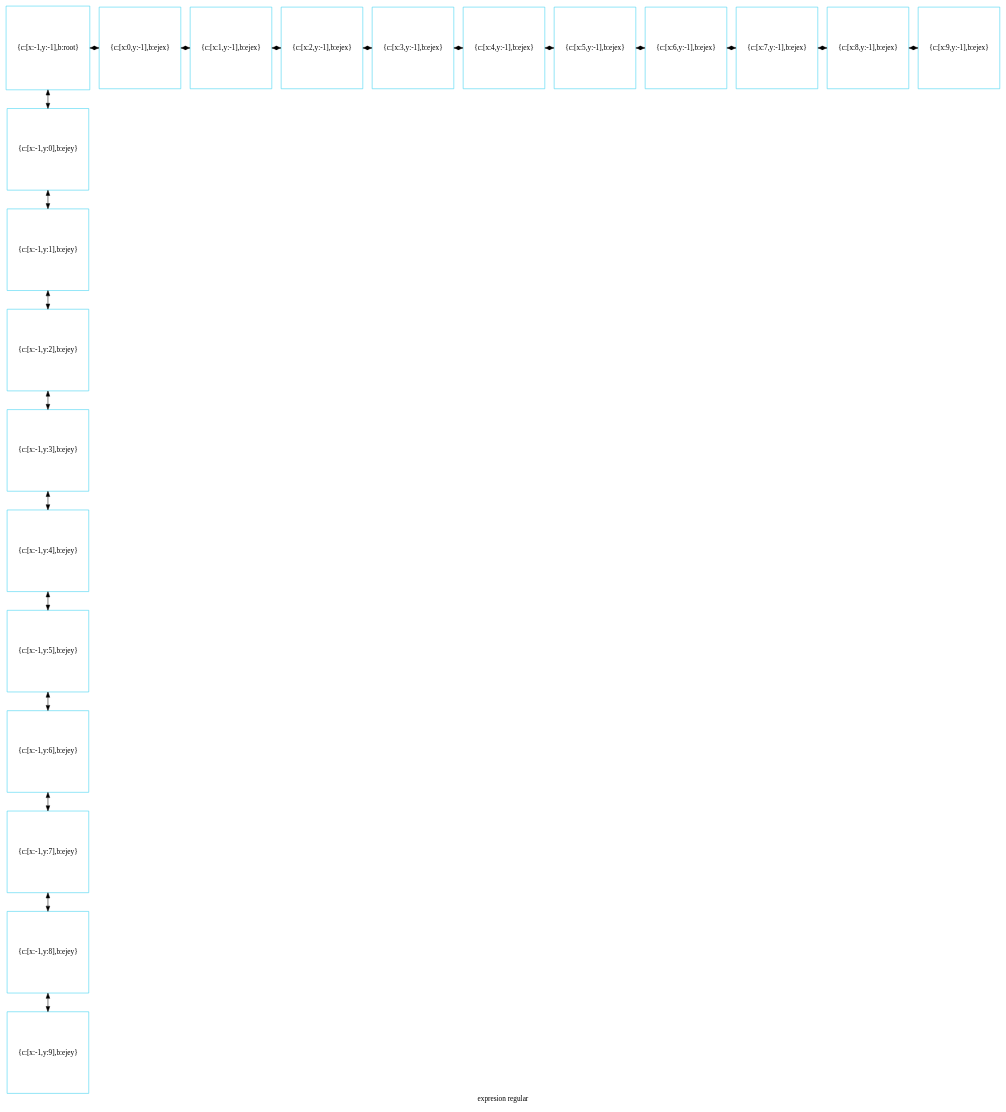
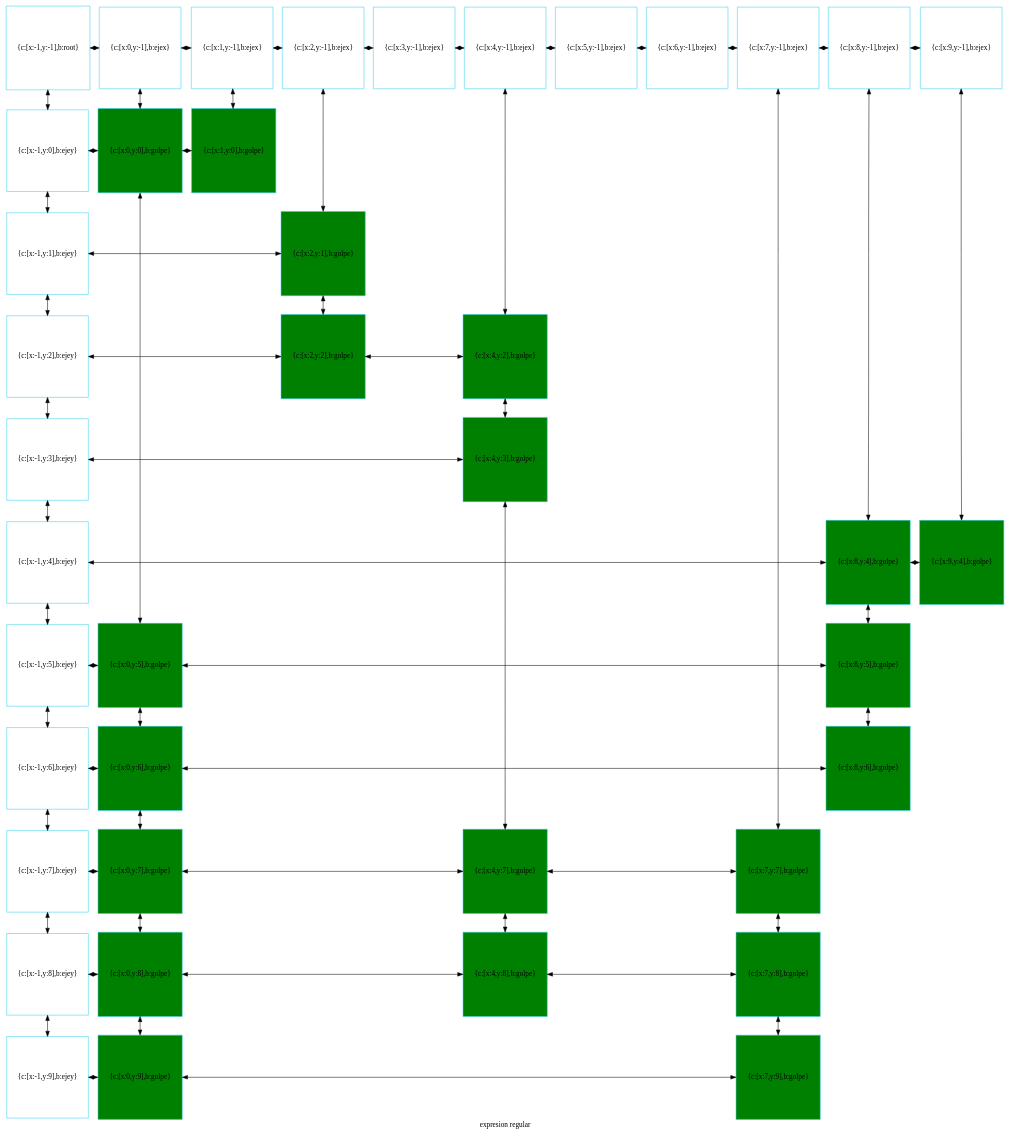
Before and after one commit to betebetoven/EDDS2F2: the diagram in disp_compu.dot, drawn with Graphviz. The commit also changed 41 other files, not shown here.

```diff
--- a/disp_compu.dot
+++ b/disp_compu.dot
@@ -1,61 +1,121 @@
 digraph G
 {label="expresion regular"
         node[shape = square]
         node[style = filled]
         node[fillcolor = "#EEEEE"]
         node[color = "#EEEEE"]
         node[color = "#31CEF0"]
 
-1731289665296[label="{c:[x:-1,y:-1],b:root}",fillcolor = "white"]
-1731289665776[label="{c:[x:0,y:-1],b:ejex}",fillcolor = "white"]
-1731289665920[label="{c:[x:1,y:-1],b:ejex}",fillcolor = "white"]
-1731289666064[label="{c:[x:2,y:-1],b:ejex}",fillcolor = "white"]
-1731289666208[label="{c:[x:3,y:-1],b:ejex}",fillcolor = "white"]
-1731289666352[label="{c:[x:4,y:-1],b:ejex}",fillcolor = "white"]
-1731289666496[label="{c:[x:5,y:-1],b:ejex}",fillcolor = "white"]
-1731289666640[label="{c:[x:6,y:-1],b:ejex}",fillcolor = "white"]
-1731289666784[label="{c:[x:7,y:-1],b:ejex}",fillcolor = "white"]
-1731289666928[label="{c:[x:8,y:-1],b:ejex}",fillcolor = "white"]
-1731289667072[label="{c:[x:9,y:-1],b:ejex}",fillcolor = "white"]
-1731289667216[label="{c:[x:-1,y:0],b:ejey}",fillcolor = "white"]
-1731289667360[label="{c:[x:-1,y:1],b:ejey}",fillcolor = "white"]
-1731289667504[label="{c:[x:-1,y:2],b:ejey}",fillcolor = "white"]
-1731289667648[label="{c:[x:-1,y:3],b:ejey}",fillcolor = "white"]
-1731289667792[label="{c:[x:-1,y:4],b:ejey}",fillcolor = "white"]
-1731289667936[label="{c:[x:-1,y:5],b:ejey}",fillcolor = "white"]
-1731289668080[label="{c:[x:-1,y:6],b:ejey}",fillcolor = "white"]
-1731289668224[label="{c:[x:-1,y:7],b:ejey}",fillcolor = "white"]
-1731289668368[label="{c:[x:-1,y:8],b:ejey}",fillcolor = "white"]
-1731289668512[label="{c:[x:-1,y:9],b:ejey}",fillcolor = "white"]
-1731289665296->1731289667216[dir = both];
-1731289667216->1731289667360[dir = both];
-1731289667360->1731289667504[dir = both];
-1731289667504->1731289667648[dir = both];
-1731289667648->1731289667792[dir = both];
-1731289667792->1731289667936[dir = both];
-1731289667936->1731289668080[dir = both];
-1731289668080->1731289668224[dir = both];
-1731289668224->1731289668368[dir = both];
-1731289668368->1731289668512[dir = both];
-1731289665296->1731289665776[dir = both];
-1731289665776->1731289665920[dir = both];
-1731289665920->1731289666064[dir = both];
-1731289666064->1731289666208[dir = both];
-1731289666208->1731289666352[dir = both];
-1731289666352->1731289666496[dir = both];
-1731289666496->1731289666640[dir = both];
-1731289666640->1731289666784[dir = both];
-1731289666784->1731289666928[dir = both];
-1731289666928->1731289667072[dir = both];
- {rank=same; 1731289665296;1731289665776;1731289665920;1731289666064;1731289666208;1731289666352;1731289666496;1731289666640;1731289666784;1731289666928;1731289667072;}
- {rank=same; 1731289667216;}
- {rank=same; 1731289667360;}
- {rank=same; 1731289667504;}
- {rank=same; 1731289667648;}
- {rank=same; 1731289667792;}
- {rank=same; 1731289667936;}
- {rank=same; 1731289668080;}
- {rank=same; 1731289668224;}
- {rank=same; 1731289668368;}
- {rank=same; 1731289668512;}
+1654816011360[label="{c:[x:-1,y:-1],b:root}",fillcolor = "white"]
+1654816011840[label="{c:[x:0,y:-1],b:ejex}",fillcolor = "white"]
+1654816011984[label="{c:[x:1,y:-1],b:ejex}",fillcolor = "white"]
+1654816012128[label="{c:[x:2,y:-1],b:ejex}",fillcolor = "white"]
+1654816012272[label="{c:[x:3,y:-1],b:ejex}",fillcolor = "white"]
+1654816012416[label="{c:[x:4,y:-1],b:ejex}",fillcolor = "white"]
+1654816012560[label="{c:[x:5,y:-1],b:ejex}",fillcolor = "white"]
+1654816012704[label="{c:[x:6,y:-1],b:ejex}",fillcolor = "white"]
+1654816012848[label="{c:[x:7,y:-1],b:ejex}",fillcolor = "white"]
+1654816012992[label="{c:[x:8,y:-1],b:ejex}",fillcolor = "white"]
+1654816013136[label="{c:[x:9,y:-1],b:ejex}",fillcolor = "white"]
+1654816013280[label="{c:[x:-1,y:0],b:ejey}",fillcolor = "white"]
+1654816221232[label="{c:[x:0,y:0],b:golpe}",fillcolor = "green"]
+1654816220560[label="{c:[x:1,y:0],b:golpe}",fillcolor = "green"]
+1654816013424[label="{c:[x:-1,y:1],b:ejey}",fillcolor = "white"]
+1654816219408[label="{c:[x:2,y:1],b:golpe}",fillcolor = "green"]
+1654816013568[label="{c:[x:-1,y:2],b:ejey}",fillcolor = "white"]
+1654816219888[label="{c:[x:2,y:2],b:golpe}",fillcolor = "green"]
+1654816218736[label="{c:[x:4,y:2],b:golpe}",fillcolor = "green"]
+1654816013712[label="{c:[x:-1,y:3],b:ejey}",fillcolor = "white"]
+1654816219216[label="{c:[x:4,y:3],b:golpe}",fillcolor = "green"]
+1654816013856[label="{c:[x:-1,y:4],b:ejey}",fillcolor = "white"]
+1654816217056[label="{c:[x:8,y:4],b:golpe}",fillcolor = "green"]
+1654816220896[label="{c:[x:9,y:4],b:golpe}",fillcolor = "green"]
+1654816014000[label="{c:[x:-1,y:5],b:ejey}",fillcolor = "white"]
+1654816220128[label="{c:[x:0,y:5],b:golpe}",fillcolor = "green"]
+1654816217392[label="{c:[x:8,y:5],b:golpe}",fillcolor = "green"]
+1654816014144[label="{c:[x:-1,y:6],b:ejey}",fillcolor = "white"]
+1654816214704[label="{c:[x:0,y:6],b:golpe}",fillcolor = "green"]
+1654816217872[label="{c:[x:8,y:6],b:golpe}",fillcolor = "green"]
+1654816014288[label="{c:[x:-1,y:7],b:ejey}",fillcolor = "white"]
+1654816215040[label="{c:[x:0,y:7],b:golpe}",fillcolor = "green"]
+1654816218064[label="{c:[x:4,y:7],b:golpe}",fillcolor = "green"]
+1654816216288[label="{c:[x:7,y:7],b:golpe}",fillcolor = "green"]
+1654816211104[label="{c:[x:-1,y:8],b:ejey}",fillcolor = "white"]
+1654816215376[label="{c:[x:0,y:8],b:golpe}",fillcolor = "green"]
+1654816218544[label="{c:[x:4,y:8],b:golpe}",fillcolor = "green"]
+1654816216144[label="{c:[x:7,y:8],b:golpe}",fillcolor = "green"]
+1654816211248[label="{c:[x:-1,y:9],b:ejey}",fillcolor = "white"]
+1654816215712[label="{c:[x:0,y:9],b:golpe}",fillcolor = "green"]
+1654816216720[label="{c:[x:7,y:9],b:golpe}",fillcolor = "green"]
+1654816011360->1654816013280[dir = both];
+1654816013280->1654816013424[dir = both];
+1654816013424->1654816013568[dir = both];
+1654816013568->1654816013712[dir = both];
+1654816013712->1654816013856[dir = both];
+1654816013856->1654816014000[dir = both];
+1654816014000->1654816014144[dir = both];
+1654816014144->1654816014288[dir = both];
+1654816014288->1654816211104[dir = both];
+1654816211104->1654816211248[dir = both];
+1654816011840->1654816221232[dir = both];
+1654816221232->1654816220128[dir = both];
+1654816220128->1654816214704[dir = both];
+1654816214704->1654816215040[dir = both];
+1654816215040->1654816215376[dir = both];
+1654816215376->1654816215712[dir = both];
+1654816011984->1654816220560[dir = both];
+1654816012128->1654816219408[dir = both];
+1654816219408->1654816219888[dir = both];
+1654816012416->1654816218736[dir = both];
+1654816218736->1654816219216[dir = both];
+1654816219216->1654816218064[dir = both];
+1654816218064->1654816218544[dir = both];
+1654816012848->1654816216288[dir = both];
+1654816216288->1654816216144[dir = both];
+1654816216144->1654816216720[dir = both];
+1654816012992->1654816217056[dir = both];
+1654816217056->1654816217392[dir = both];
+1654816217392->1654816217872[dir = both];
+1654816013136->1654816220896[dir = both];
+1654816011360->1654816011840[dir = both];
+1654816011840->1654816011984[dir = both];
+1654816011984->1654816012128[dir = both];
+1654816012128->1654816012272[dir = both];
+1654816012272->1654816012416[dir = both];
+1654816012416->1654816012560[dir = both];
+1654816012560->1654816012704[dir = both];
+1654816012704->1654816012848[dir = both];
+1654816012848->1654816012992[dir = both];
+1654816012992->1654816013136[dir = both];
+1654816013280->1654816221232[constraint=false,dir = both];
+1654816221232->1654816220560[constraint=false,dir = both];
+1654816013424->1654816219408[constraint=false,dir = both];
+1654816013568->1654816219888[constraint=false,dir = both];
+1654816219888->1654816218736[constraint=false,dir = both];
+1654816013712->1654816219216[constraint=false,dir = both];
+1654816013856->1654816217056[constraint=false,dir = both];
+1654816217056->1654816220896[constraint=false,dir = both];
+1654816014000->1654816220128[constraint=false,dir = both];
+1654816220128->1654816217392[constraint=false,dir = both];
+1654816014144->1654816214704[constraint=false,dir = both];
+1654816214704->1654816217872[constraint=false,dir = both];
+1654816014288->1654816215040[constraint=false,dir = both];
+1654816215040->1654816218064[constraint=false,dir = both];
+1654816218064->1654816216288[constraint=false,dir = both];
+1654816211104->1654816215376[constraint=false,dir = both];
+1654816215376->1654816218544[constraint=false,dir = both];
+1654816218544->1654816216144[constraint=false,dir = both];
+1654816211248->1654816215712[constraint=false,dir = both];
+1654816215712->1654816216720[constraint=false,dir = both];
+ {rank=same; 1654816011360;1654816011840;1654816011984;1654816012128;1654816012272;1654816012416;1654816012560;1654816012704;1654816012848;1654816012992;1654816013136;}
+ {rank=same; 1654816013280;1654816221232;1654816220560;}
+ {rank=same; 1654816013424;1654816219408;}
+ {rank=same; 1654816013568;1654816219888;1654816218736;}
+ {rank=same; 1654816013712;1654816219216;}
+ {rank=same; 1654816013856;1654816217056;1654816220896;}
+ {rank=same; 1654816014000;1654816220128;1654816217392;}
+ {rank=same; 1654816014144;1654816214704;1654816217872;}
+ {rank=same; 1654816014288;1654816215040;1654816218064;1654816216288;}
+ {rank=same; 1654816211104;1654816215376;1654816218544;1654816216144;}
+ {rank=same; 1654816211248;1654816215712;1654816216720;}
 }
```
